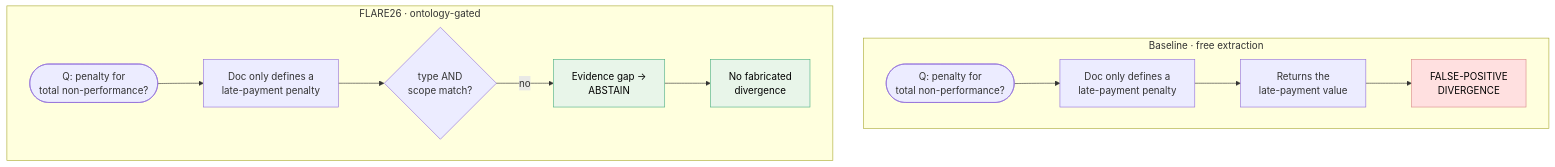
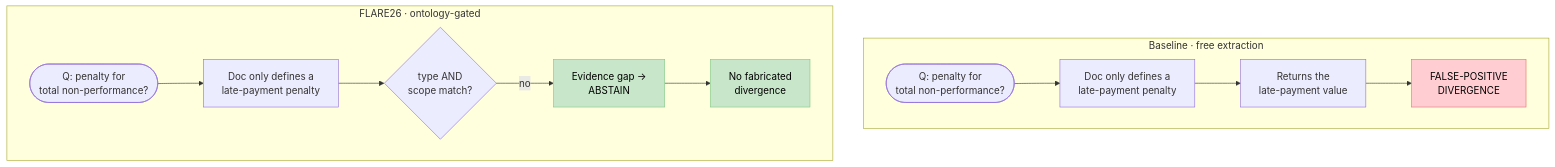
The second of 3 diagrams in README.md (marcospaula/FLARE26-P1), drawn with Mermaid before and after one commit. The commit also changed other lines of this file, not shown here.

````diff
--- a/README.md
+++ b/README.md
@@ -83,20 +83,20 @@
 ```mermaid
 flowchart TB
     subgraph BASE["Baseline · free extraction"]
         direction LR
         QB([Q: penalty for<br/>total non-performance?]) --> EB["Doc only defines a<br/>late-payment penalty"]
         EB --> AB["Returns the<br/>late-payment value"]
         AB --> DB["FALSE-POSITIVE<br/>DIVERGENCE"]
     end
     subgraph FLARE["FLARE26 · ontology-gated"]
         direction LR
         QF([Q: penalty for<br/>total non-performance?]) --> EF["Doc only defines a<br/>late-payment penalty"]
         EF --> GF{"type AND<br/>scope match?"}
         GF -- no --> AF["Evidence gap →<br/>ABSTAIN"]
         AF --> DF["No fabricated<br/>divergence"]
     end
-    classDef bad fill:#ffe0e0,stroke:#d98a8a,color:#000;
-    classDef good fill:#e8f5e9,stroke:#4caf82,color:#000;
+    classDef bad fill:#ffcdd2,stroke:#e57373,color:#000;
+    classDef good fill:#c8e6c9,stroke:#81c784,color:#000;
     class DB bad;
     class AF,DF good;
 ```
````
